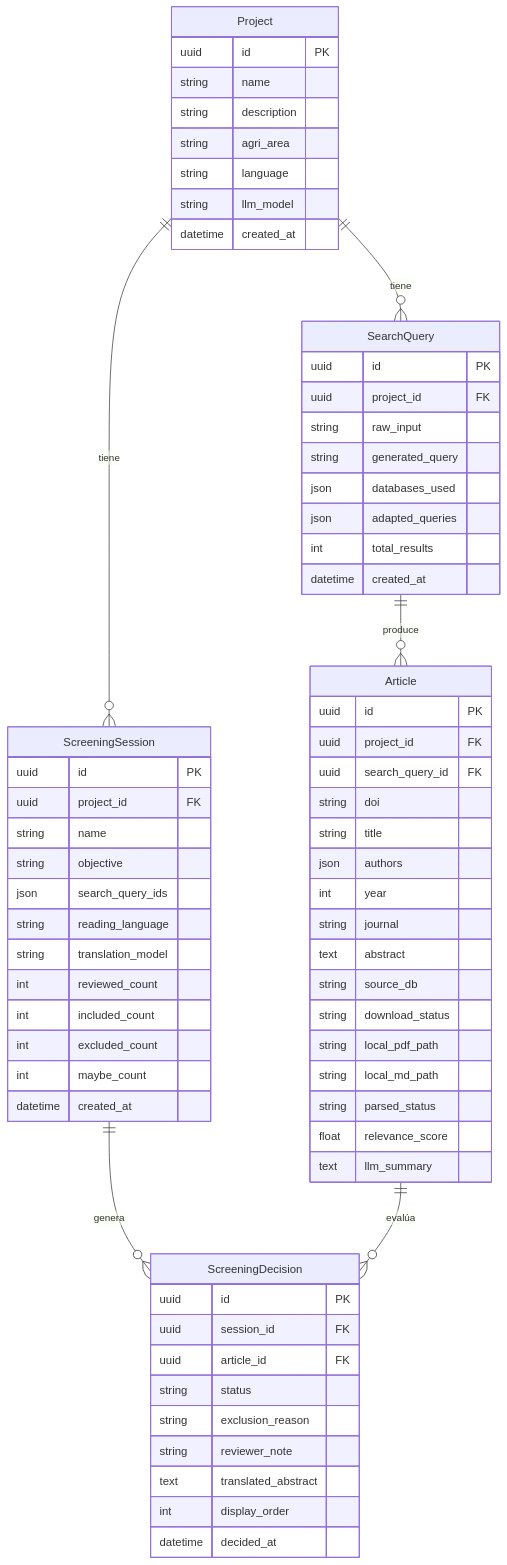
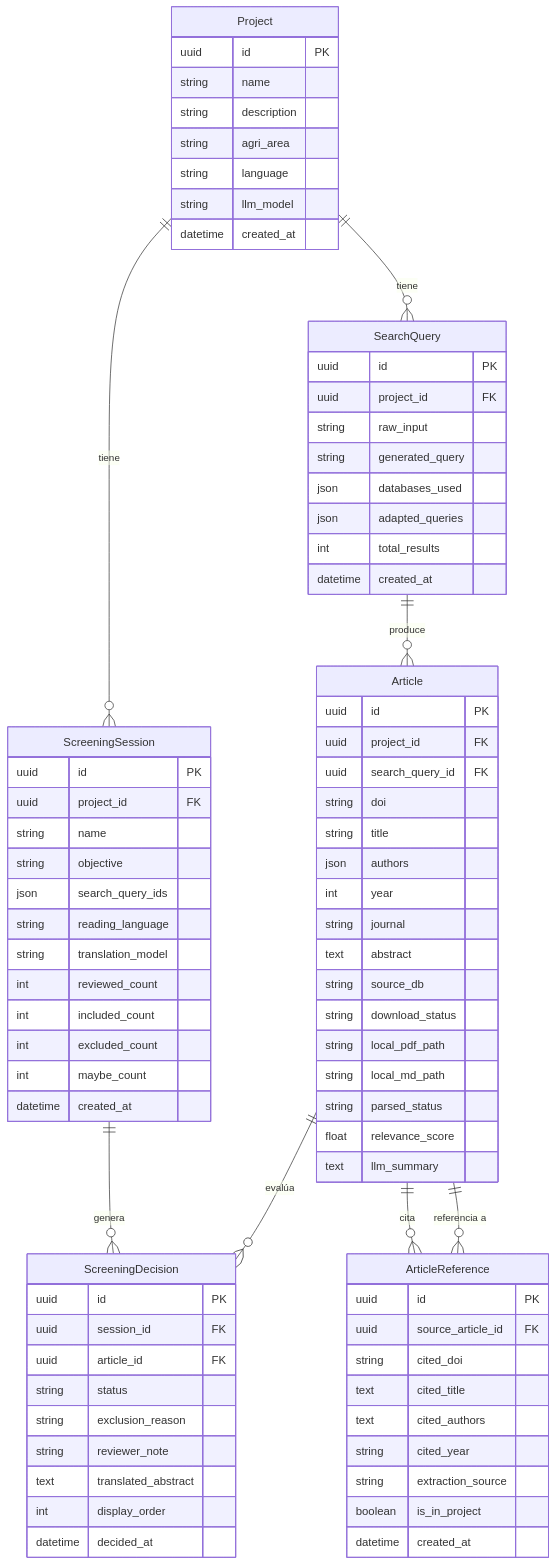
Before and after one commit to AlexPrietoRomani/AgriSearch: diagram 11 of 15 in docs/architecture/arquitectura.md, drawn with Mermaid. The commit also changed other lines of this file, not shown here.

First line of the commit message:
docs(architecture): añade sección de grafos bibliográficos a arquitectura

```diff
--- a/docs/architecture/arquitectura.md
+++ b/docs/architecture/arquitectura.md
@@ -832,6 +928,8 @@
     SearchQuery ||--o{ Article : "produce"
     ScreeningSession ||--o{ ScreeningDecision : "genera"
     Article ||--o{ ScreeningDecision : "evalúa"
+    Article ||--o{ ArticleReference : "cita"
+    ArticleReference }o--|| Article : "referencia a"
 
     Project {
         uuid id PK
@@ -873,6 +971,18 @@
         text llm_summary
     }
 
+    ArticleReference {
+        uuid id PK
+        uuid source_article_id FK
+        string cited_doi
+        text cited_title
+        text cited_authors
+        string cited_year
+        string extraction_source
+        boolean is_in_project
+        datetime created_at
+    }
+
     ScreeningSession {
         uuid id PK
         uuid project_id FK
```
